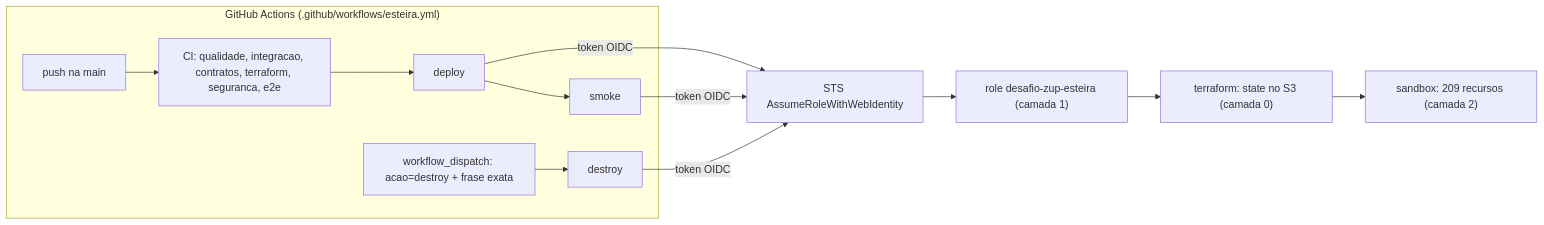
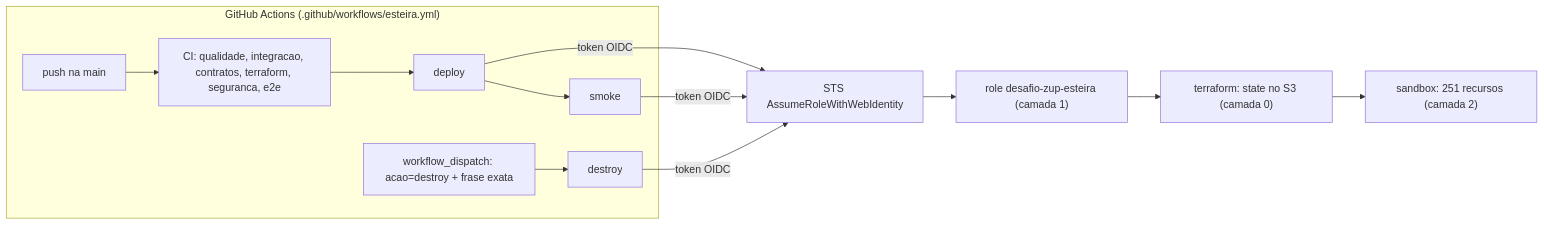
One commit to giovanedms/desafio-zup changed the diagram in docs/operacao/infraestrutura.md. Above: the diagram before and after it, drawn with Mermaid. The commit also changed other lines of this file and 60 other files, not shown here.

First line of the commit message:
Teste de 5.000 TPS na AWS, schema registry, data platform, consumidores de referência e escala preditiva

````diff
--- a/docs/operacao/infraestrutura.md
+++ b/docs/operacao/infraestrutura.md
@@ -17,14 +17,14 @@
 ```mermaid
 flowchart LR
   subgraph GH["GitHub Actions (.github/workflows/esteira.yml)"]
     PUSH["push na main"] --> CI["CI: qualidade, integracao, contratos, terraform, seguranca, e2e"]
     CI --> DEP["deploy"] --> SMK["smoke"]
     DISP["workflow_dispatch: acao=destroy + frase exata"] --> DES["destroy"]
   end
   DEP -->|"token OIDC"| STS["STS AssumeRoleWithWebIdentity"]
   SMK -->|"token OIDC"| STS
   DES -->|"token OIDC"| STS
   STS --> ROLE["role desafio-zup-esteira (camada 1)"]
   ROLE --> TF["terraform: state no S3 (camada 0)"]
-  TF --> SBX["sandbox: 209 recursos (camada 2)"]
+  TF --> SBX["sandbox: 251 recursos (camada 2)"]
 ```
````
